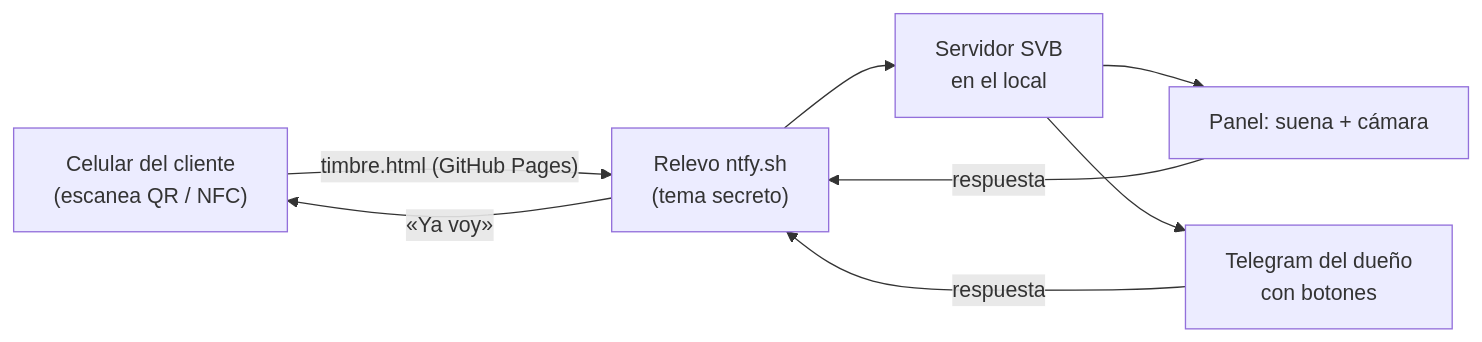
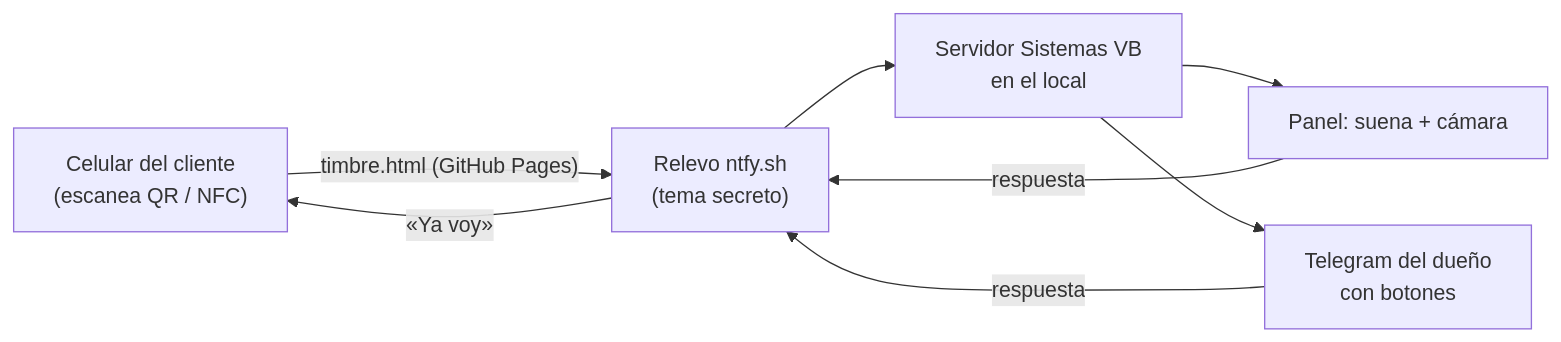
One commit to raveholding/SVBSguridad changed the second of 2 diagrams in README.md. Above: the diagram before and after it, drawn with Mermaid. The commit also changed other lines of this file and 27 other files, not shown here.

````diff
--- a/README.md
+++ b/README.md
@@ -128,8 +152,8 @@
 ```mermaid
 flowchart LR
   C["Celular del cliente<br/>(escanea QR / NFC)"] -- "timbre.html (GitHub Pages)" --> N["Relevo ntfy.sh<br/>(tema secreto)"]
-  N --> S["Servidor SVB<br/>en el local"]
+  N --> S["Servidor Sistemas VB<br/>en el local"]
   S --> P["Panel: suena + cámara"]
   S --> T["Telegram del dueño<br/>con botones"]
   P & T -- respuesta --> N -- "«Ya voy»" --> C
 ```
````
